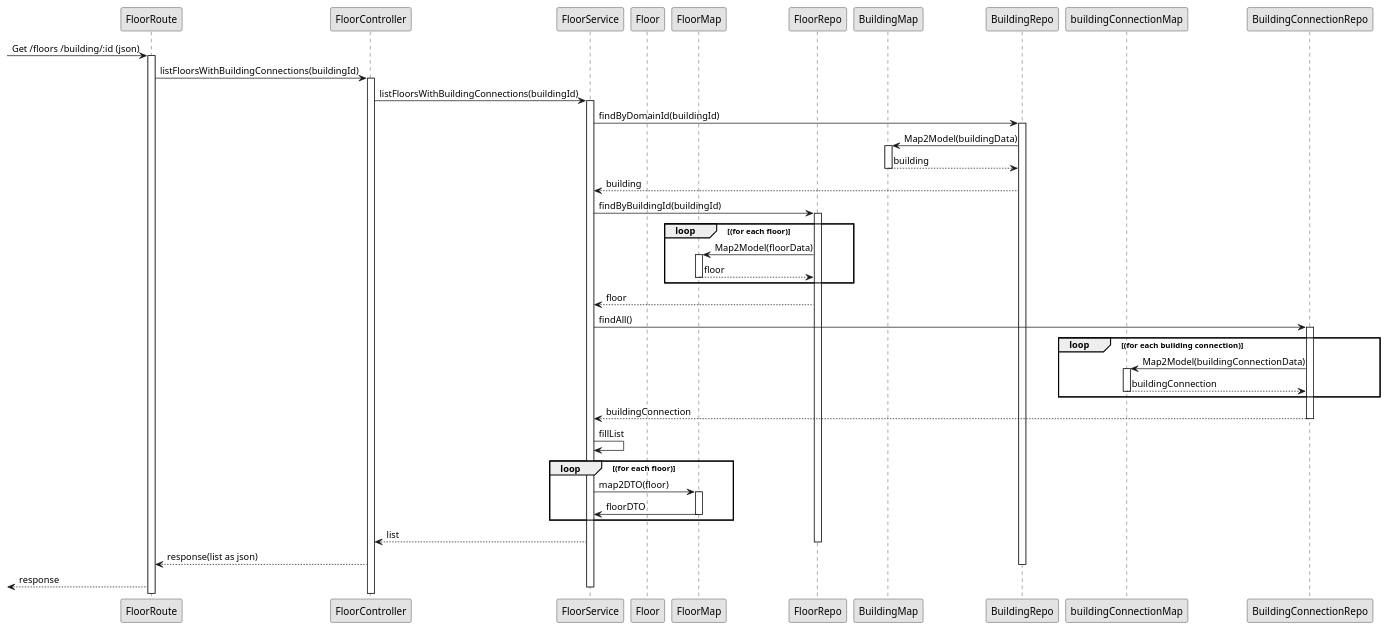
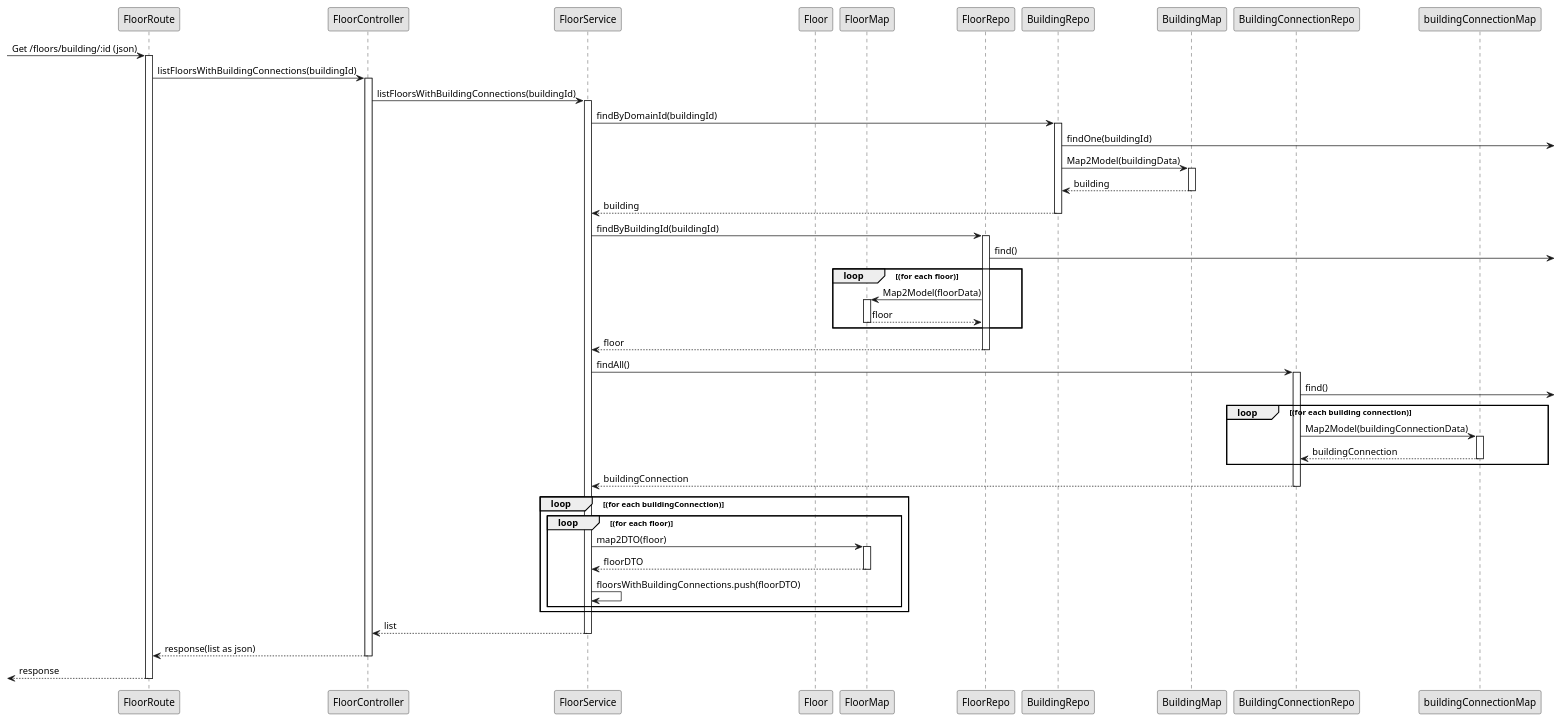
The diagram in WikiMasterDataDevices/Vista Processos/US220/n3vp-us220.puml (1201293/sem5pi-23-24-68), drawn with PlantUML before and after one commit. The commit also changed 8 other files, not shown here.

```diff
--- a/WikiMasterDataDevices/Vista Processos/US220/n3vp-us220.puml
+++ b/WikiMasterDataDevices/Vista Processos/US220/n3vp-us220.puml
@@ -1,65 +1,72 @@
 @startuml
 'http://plantuml.com/skinparam.html
 skinparam monochrome true
 skinparam packageStyle rect
 skinparam shadowing false
 
 
 participant FloorRoute  as route
 participant FloorController as controller
 participant FloorService as service
 participant Floor as domain
 participant FloorMap as mapper
 participant FloorRepo as repo
+participant BuildingRepo as repoBuilding
 participant BuildingMap as mapperBuilding
-participant BuildingRepo as repoBuilding
+participant BuildingConnectionRepo as repoConnection
 participant buildingConnectionMap as mapperConnection
-participant BuildingConnectionRepo as repoConnection
 
--> route: Get /floors /building/:id (json)
+-> route: Get /floors/building/:id (json)
 activate route
   route -> controller: listFloorsWithBuildingConnections(buildingId)
   activate controller
     controller -> service: listFloorsWithBuildingConnections(buildingId)
     activate service
     service -> repoBuilding: findByDomainId(buildingId)
     activate repoBuilding
+    repoBuilding -> : findOne(buildingId)
     repoBuilding -> mapperBuilding: Map2Model(buildingData)
     activate mapperBuilding
     mapperBuilding --> repoBuilding: building
     deactivate
     repoBuilding --> service: building
+    deactivate
     service -> repo: findByBuildingId(buildingId)
     activate repo
+    repo -> : find()
     loop (for each floor)
     repo -> mapper: Map2Model(floorData)
     activate mapper
     mapper --> repo: floor
     deactivate
     end loop
     repo --> service: floor
+    deactivate
     service -> repoConnection: findAll()
+    activate repoConnection
+    repoConnection -> : find()
     loop (for each building connection)
-    activate repoConnection
     repoConnection -> mapperConnection: Map2Model(buildingConnectionData)
     activate mapperConnection
     mapperConnection --> repoConnection: buildingConnection
     deactivate
     end loop
     repoConnection --> service: buildingConnection
     deactivate
-    service -> service: fillList
+    loop (for each buildingConnection)
     loop (for each floor)
     service -> mapper: map2DTO(floor)
     activate mapper
-    mapper -> service: floorDTO
+    mapper --> service: floorDTO
     deactivate
+    service -> service: floorsWithBuildingConnections.push(floorDTO)
+    end loop
     end loop
     service --> controller: list
     deactivate
     controller --> route: response(list as json)
     deactivate
     <-- route: response
     deactivate
     
 @enduml
```
